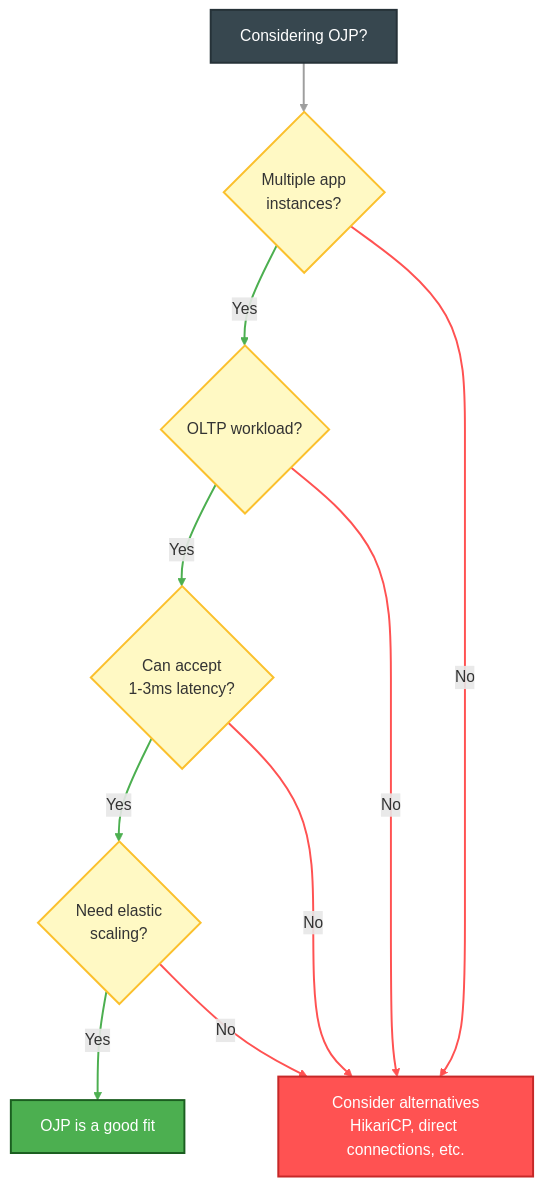
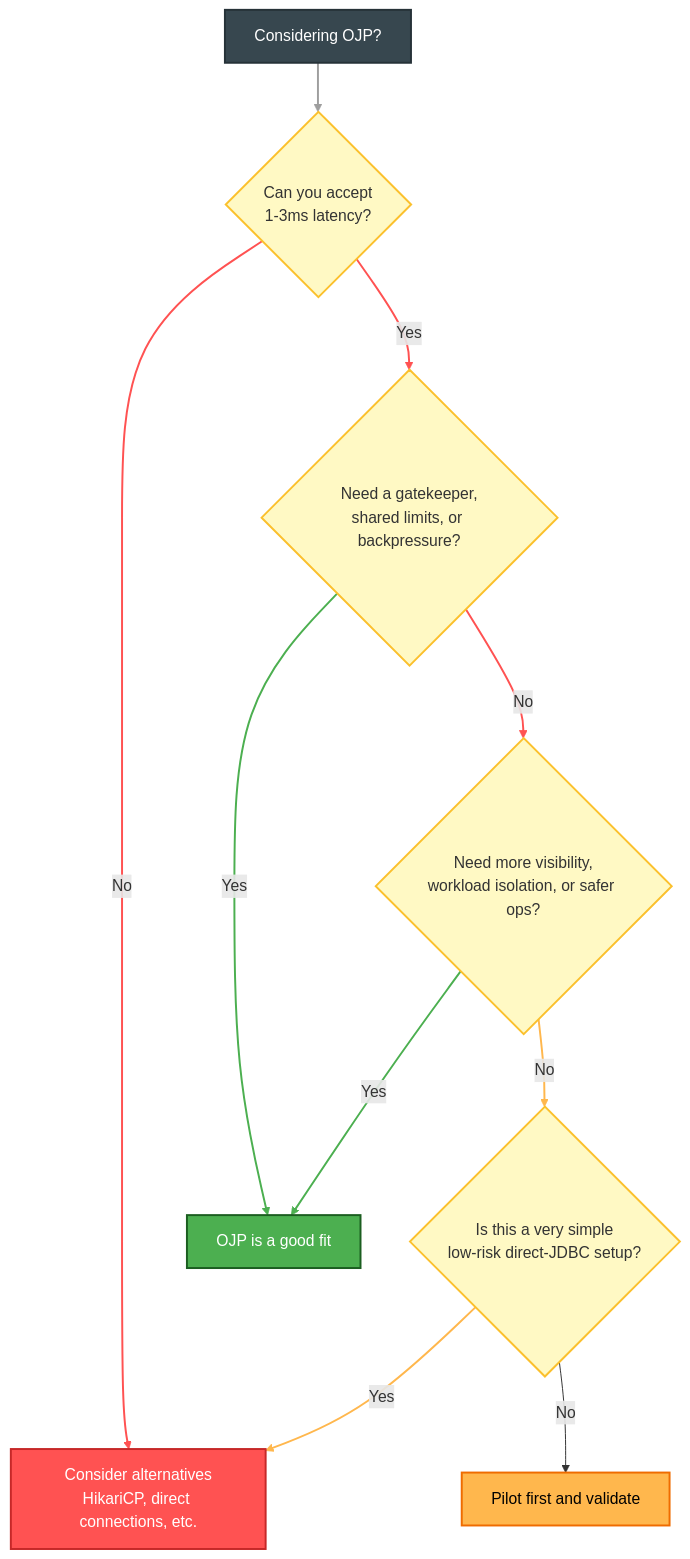
Before and after one commit to Open-J-Proxy/ojp: diagram 15 of 15 in documents/ebook/part1-chapter1-introduction.md, drawn with Mermaid. The commit also changed other lines of this file, not shown here.

Commit message:
Update ebook workload-fit guidance

````diff
--- a/documents/ebook/part1-chapter1-introduction.md
+++ b/documents/ebook/part1-chapter1-introduction.md
@@ -707,33 +749,36 @@
 ```mermaid
 graph TB
     START[Considering OJP?]
-    Q1{Multiple app<br/>instances?}
-    Q2{OLTP workload?}
-    Q3{Can accept<br/>1-3ms latency?}
-    Q4{Need elastic<br/>scaling?}
+    Q1{Can you accept<br/>1-3ms latency?}
+    Q2{Need a gatekeeper,<br/>shared limits, or backpressure?}
+    Q3{Need more visibility,<br/>workload isolation, or safer ops?}
+    Q4{Is this a very simple<br/>low-risk direct-JDBC setup?}
 
     GOOD[OJP is a good fit]
+    MAYBE[Pilot first and validate]
     BAD[Consider alternatives<br/>HikariCP, direct connections, etc.]
 
     START --> Q1
+    Q1 -->|No| BAD
     Q1 -->|Yes| Q2
-    Q1 -->|No| BAD
-    Q2 -->|Yes| Q3
-    Q2 -->|No| BAD
-    Q3 -->|Yes| Q4
-    Q3 -->|No| BAD
-    Q4 -->|Yes| GOOD
-    Q4 -->|No| BAD
+    Q2 -->|Yes| GOOD
+    Q2 -->|No| Q3
+    Q3 -->|Yes| GOOD
+    Q3 -->|No| Q4
+    Q4 -->|Yes| BAD
+    Q4 -->|No| MAYBE
 
     style START fill:#37474f,color:#fff,stroke:#263238,stroke-width:2px
     style Q1 fill:#fff9c4,stroke:#fbc02d,stroke-width:2px
     style Q2 fill:#fff9c4,stroke:#fbc02d,stroke-width:2px
     style Q3 fill:#fff9c4,stroke:#fbc02d,stroke-width:2px
     style Q4 fill:#fff9c4,stroke:#fbc02d,stroke-width:2px
     style GOOD fill:#4caf50,color:#fff,stroke:#1b5e20,stroke-width:2px
+    style MAYBE fill:#ffb74d,color:#000,stroke:#ef6c00,stroke-width:2px
     style BAD fill:#ff5252,color:#fff,stroke:#c62828,stroke-width:2px
 
     linkStyle 0 stroke:#9e9e9e,stroke-width:2px
-    linkStyle 1,3,5,7 stroke:#4caf50,stroke-width:2px
-    linkStyle 2,4,6,8 stroke:#ff5252,stroke-width:2px
+    linkStyle 1,2,4 stroke:#ff5252,stroke-width:2px
+    linkStyle 3,5 stroke:#4caf50,stroke-width:2px
+    linkStyle 6,7 stroke:#ffb74d,stroke-width:2px
 ```
````
